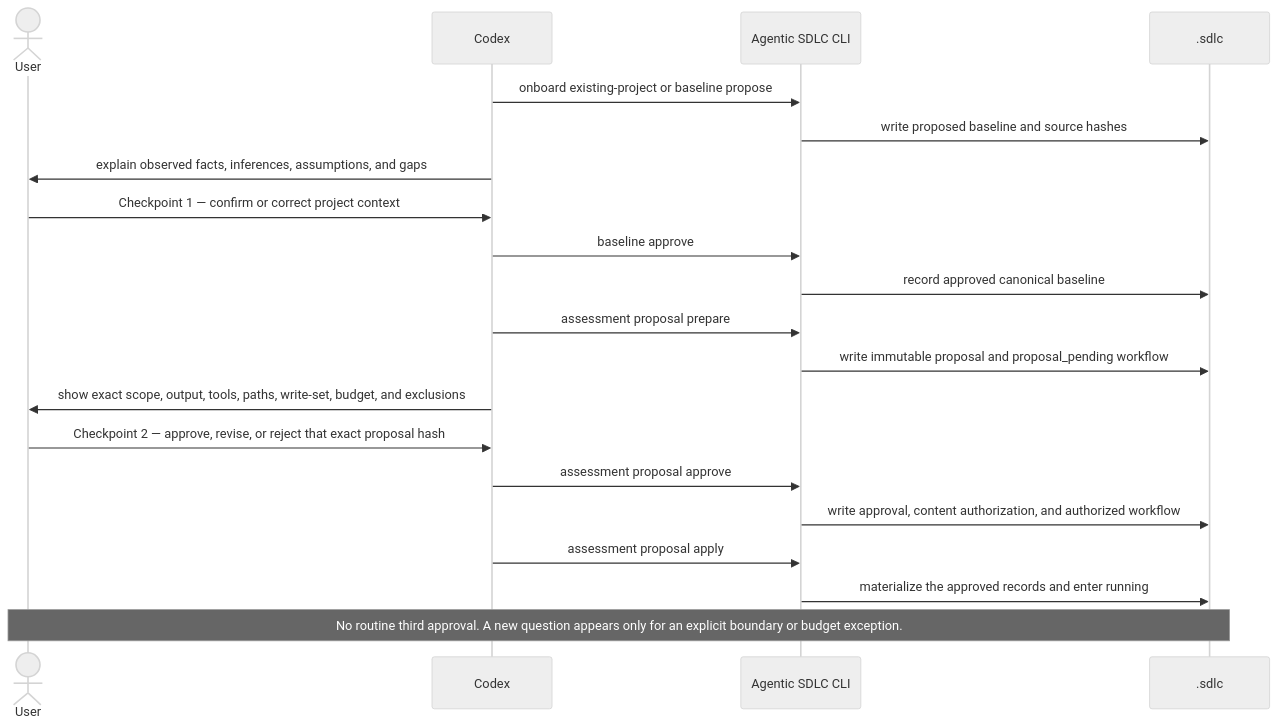
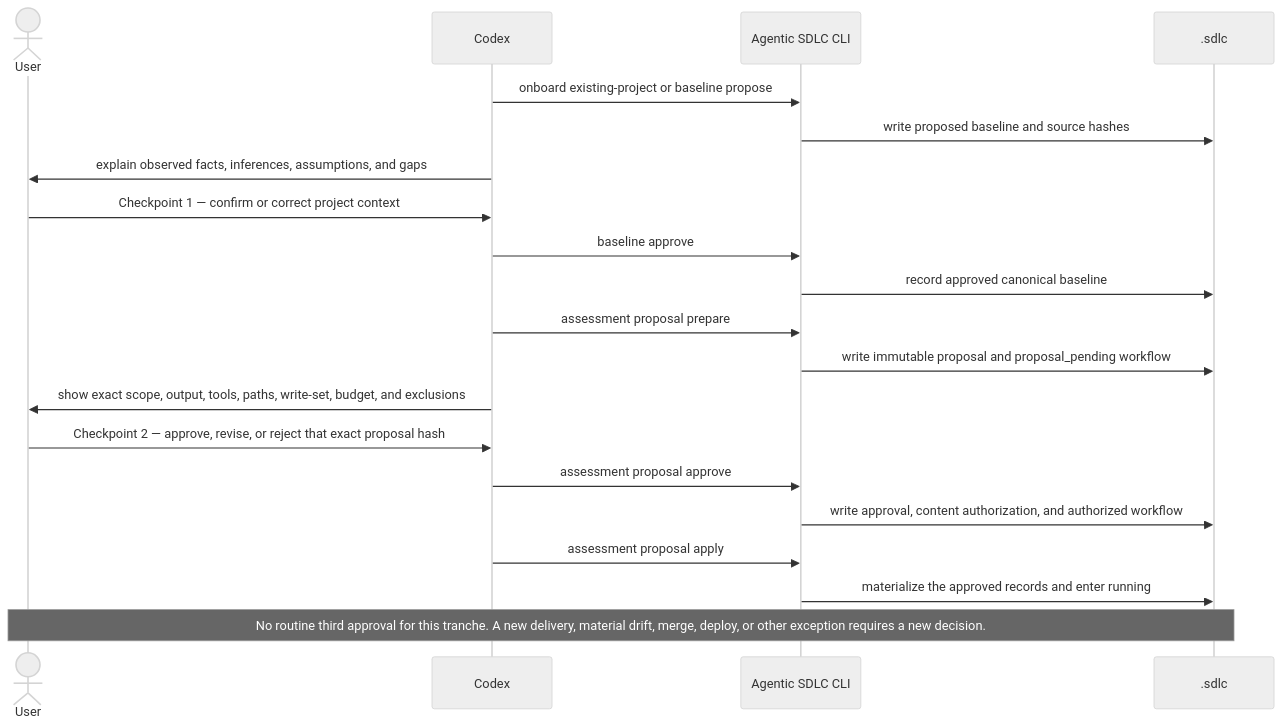
The second of 5 diagrams in docs/how-it-works.md (aantenore/agentic-sdlc-codex-plugin), drawn with Mermaid (neutral theme) before and after one commit. The commit also changed other lines of this file and 16 other files, not shown here.

````diff
--- a/docs/how-it-works.md
+++ b/docs/how-it-works.md
@@ -77,25 +78,25 @@
 ```mermaid
 sequenceDiagram
   actor U as User
   participant C as Codex
   participant CLI as Agentic SDLC CLI
   participant S as .sdlc
 
   C->>CLI: onboard existing-project or baseline propose
   CLI->>S: write proposed baseline and source hashes
   C->>U: explain observed facts, inferences, assumptions, and gaps
   U->>C: Checkpoint 1 — confirm or correct project context
   C->>CLI: baseline approve
   CLI->>S: record approved canonical baseline
 
   C->>CLI: assessment proposal prepare
   CLI->>S: write immutable proposal and proposal_pending workflow
   C->>U: show exact scope, output, tools, paths, write-set, budget, and exclusions
   U->>C: Checkpoint 2 — approve, revise, or reject that exact proposal hash
   C->>CLI: assessment proposal approve
   CLI->>S: write approval, content authorization, and authorized workflow
   C->>CLI: assessment proposal apply
   CLI->>S: materialize the approved records and enter running
 
-  Note over U,S: No routine third approval. A new question appears only for an explicit boundary or budget exception.
+  Note over U,S: No routine third approval for this tranche. A new delivery, material drift, merge, deploy, or other exception requires a new decision.
 ```
````
